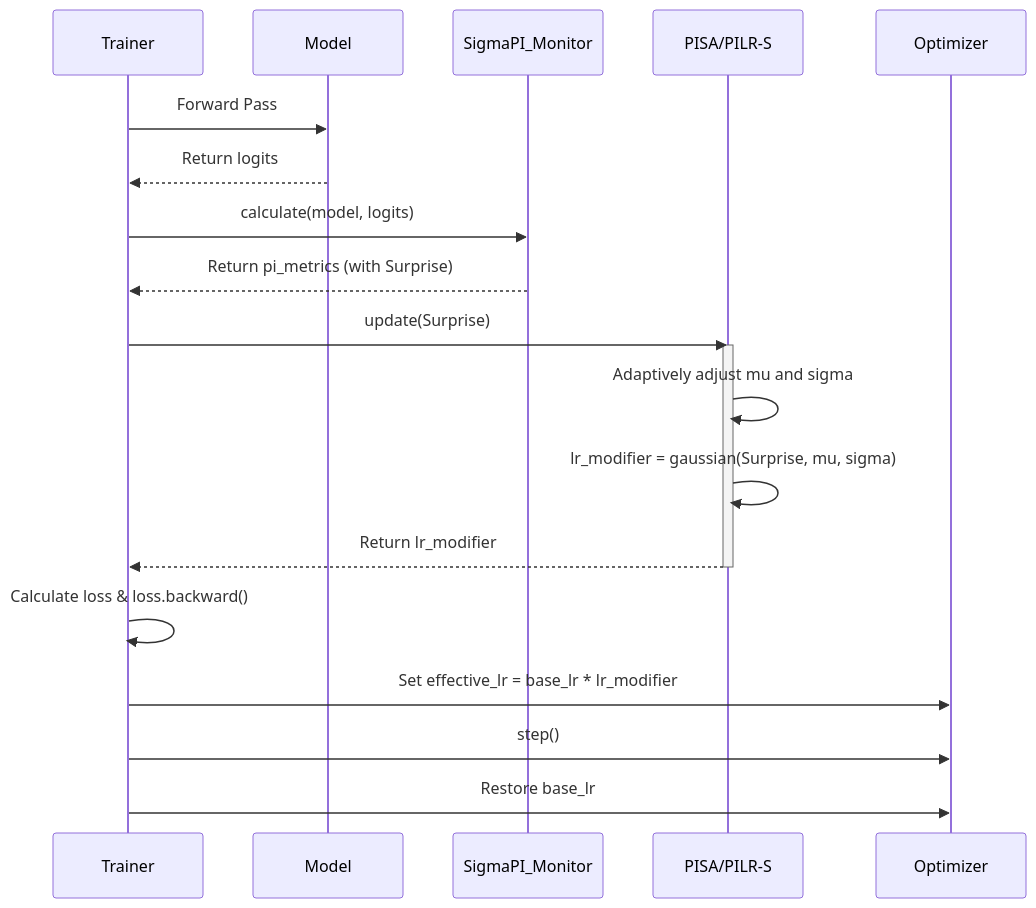
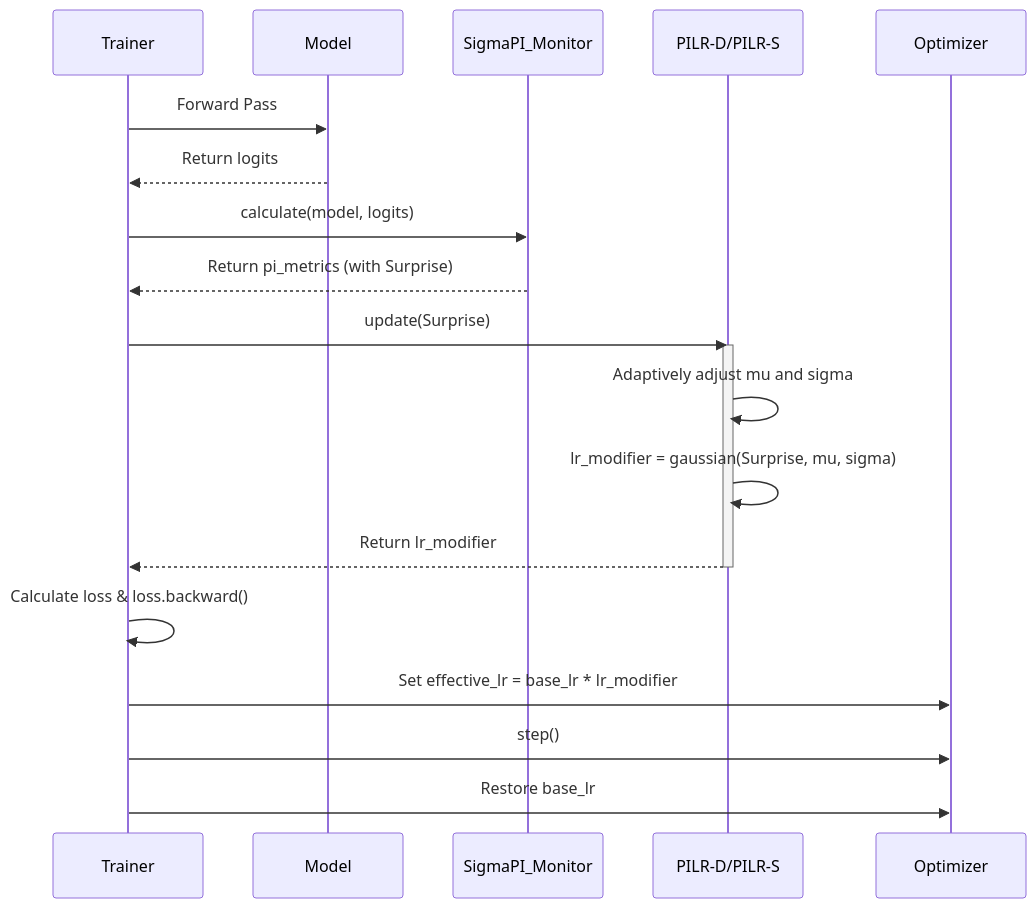
One commit to anmoa/PILF changed the second of 4 diagrams in readme.md. Above: the diagram before and after it, drawn with Mermaid. The commit also changed other lines of this file and 90 other files, not shown here.

````diff
--- a/readme.md
+++ b/readme.md
@@ -59,27 +59,27 @@
 ```mermaid
 sequenceDiagram
     participant Trainer
     participant Model
     participant SigmaPI_Monitor
-    participant LRScheduler as PISA/PILR-S
+    participant LRScheduler as PILR-D/PILR-S
     participant Optimizer
 
     Trainer->>Model: Forward Pass
     Model-->>Trainer: Return logits
 
     Trainer->>SigmaPI_Monitor: calculate(model, logits)
     SigmaPI_Monitor-->>Trainer: Return pi_metrics (with Surprise)
 
     Trainer->>LRScheduler: update(Surprise)
     activate LRScheduler
     LRScheduler->>LRScheduler: Adaptively adjust mu and sigma
     LRScheduler->>LRScheduler: lr_modifier = gaussian(Surprise, mu, sigma)
     LRScheduler-->>Trainer: Return lr_modifier
     deactivate LRScheduler
 
     Trainer->>Trainer: Calculate loss & loss.backward()
 
     Trainer->>Optimizer: Set effective_lr = base_lr * lr_modifier
     Trainer->>Optimizer: step()
     Trainer->>Optimizer: Restore base_lr
 ```
````
